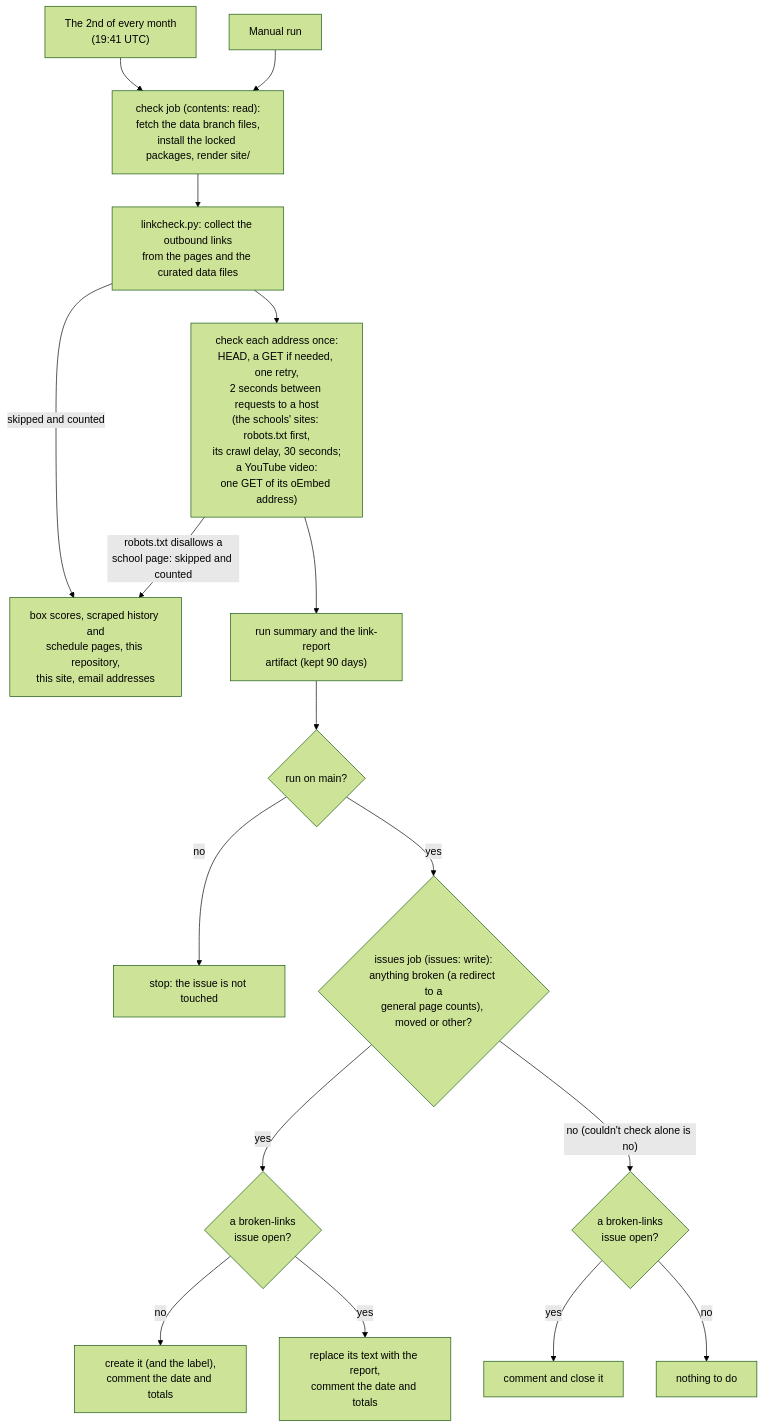
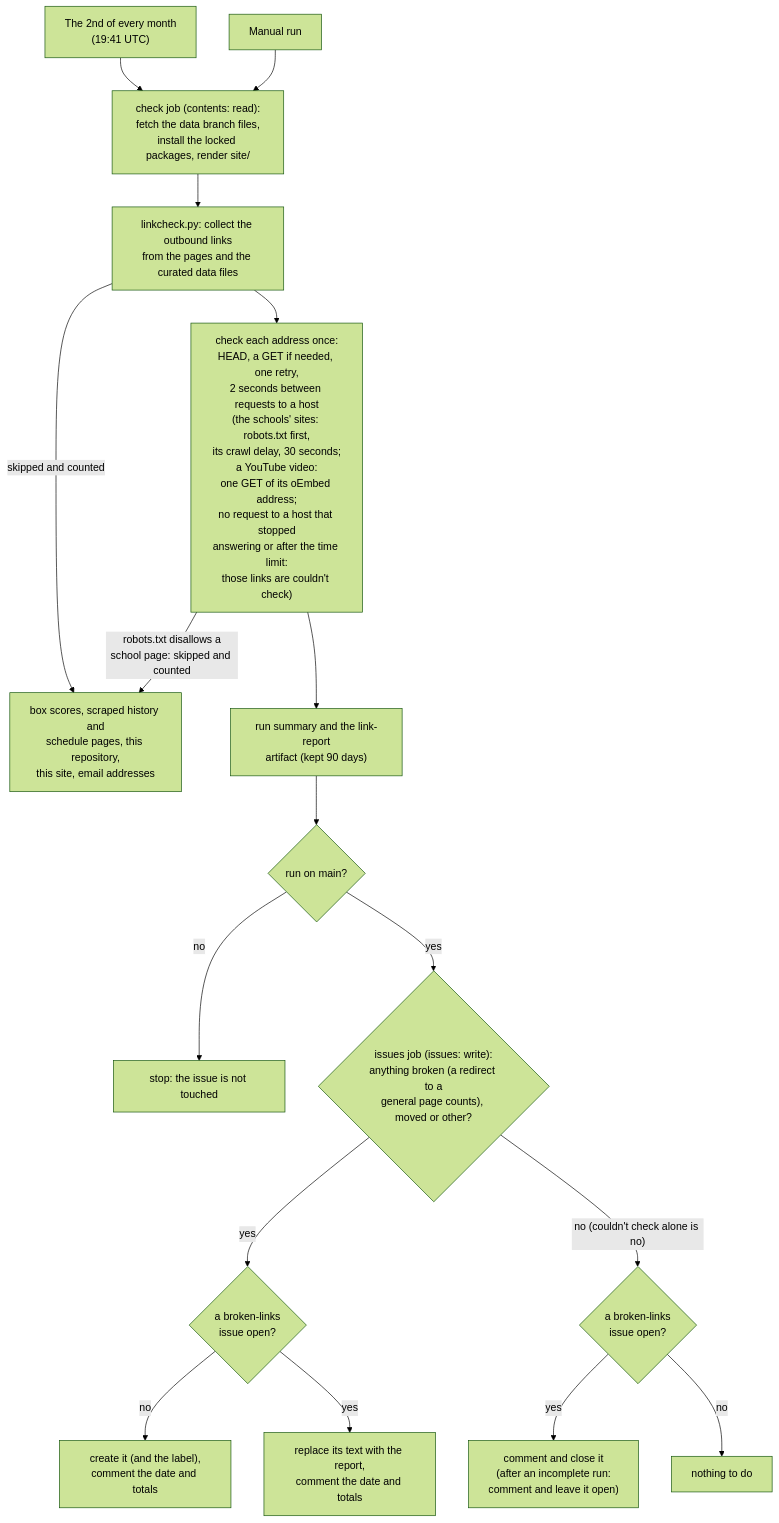
One commit to jacksonmote/DePauw-vs-Wabash-web changed the fifth of 6 diagrams in README.md. Above: the diagram before and after it, drawn with Mermaid (forest theme). The commit also changed other lines of this file and 4 other files, not shown here.

````diff
--- a/README.md
+++ b/README.md
@@ -553,19 +554,19 @@
 ```mermaid
 flowchart TD
   T1["The 2nd of every month<br/>(19:41 UTC)"] --> C
   T2["Manual run"] --> C
   C["check job (contents: read):<br/>fetch the data branch files,<br/>install the locked packages, render site/"] --> L["linkcheck.py: collect the outbound links<br/>from the pages and the curated data files"]
   L -- "skipped and counted" --> SK["box scores, scraped history and<br/>schedule pages, this repository,<br/>this site, email addresses"]
-  L --> H["check each address once:<br/>HEAD, a GET if needed, one retry,<br/>2 seconds between requests to a host<br/>(the schools' sites: robots.txt first,<br/>its crawl delay, 30 seconds;<br/>a YouTube video:<br/>one GET of its oEmbed address)"]
+  L --> H["check each address once:<br/>HEAD, a GET if needed, one retry,<br/>2 seconds between requests to a host<br/>(the schools' sites: robots.txt first,<br/>its crawl delay, 30 seconds;<br/>a YouTube video:<br/>one GET of its oEmbed address;<br/>no request to a host that stopped<br/>answering or after the time limit:<br/>those links are couldn't check)"]
   H -- "robots.txt disallows a<br/>school page: skipped and counted" --> SK
   H --> R["run summary and the link-report<br/>artifact (kept 90 days)"]
   R --> M{"run on main?"}
   M -- "no" --> X["stop: the issue is not touched"]
   M -- "yes" --> Q{"issues job (issues: write):<br/>anything broken (a redirect to a<br/>general page counts), moved or other?"}
   Q -- "yes" --> O{"a broken-links<br/>issue open?"}
   O -- "no" --> NEW["create it (and the label),<br/>comment the date and totals"]
   O -- "yes" --> UPD["replace its text with the report,<br/>comment the date and totals"]
   Q -- "no (couldn't check alone is no)" --> CL{"a broken-links<br/>issue open?"}
-  CL -- "yes" --> CLOSE["comment and close it"]
+  CL -- "yes" --> CLOSE["comment and close it<br/>(after an incomplete run:<br/>comment and leave it open)"]
   CL -- "no" --> NOP["nothing to do"]
 ```
````
